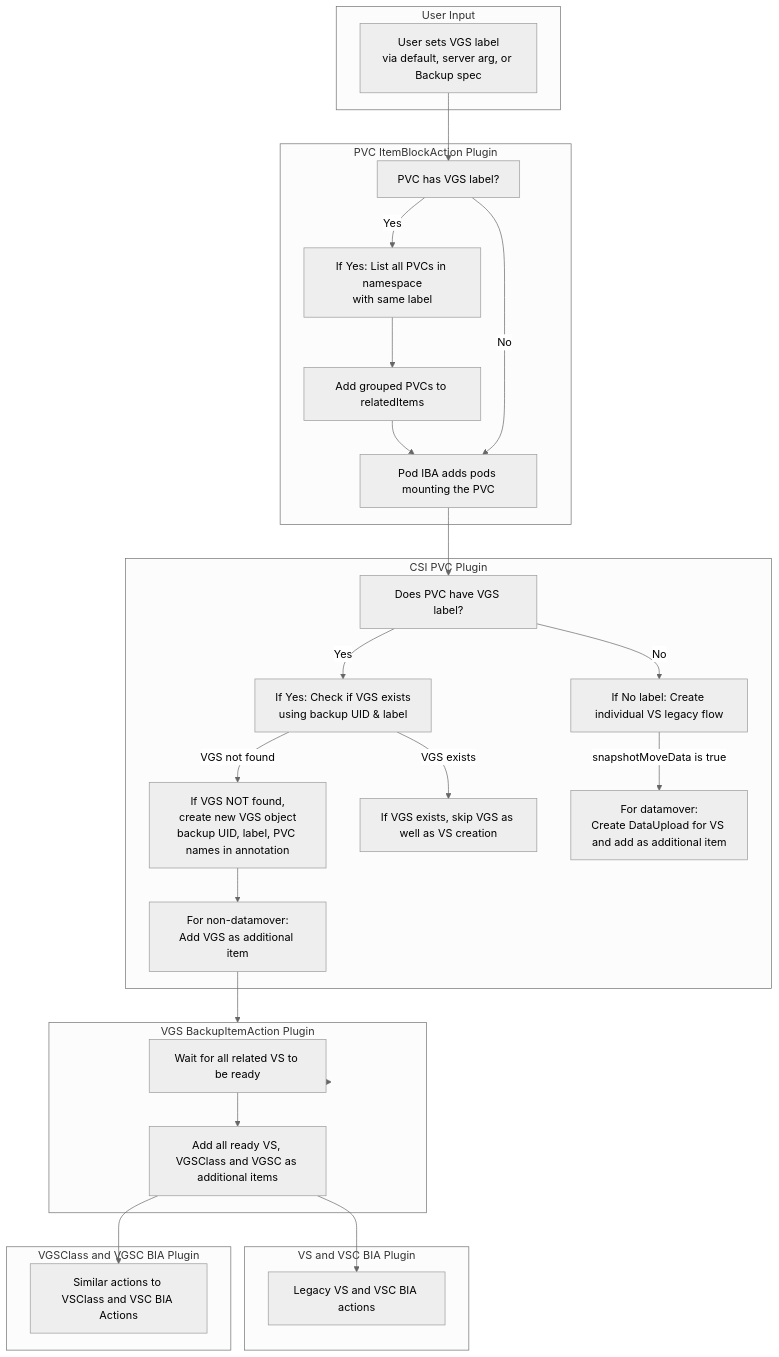
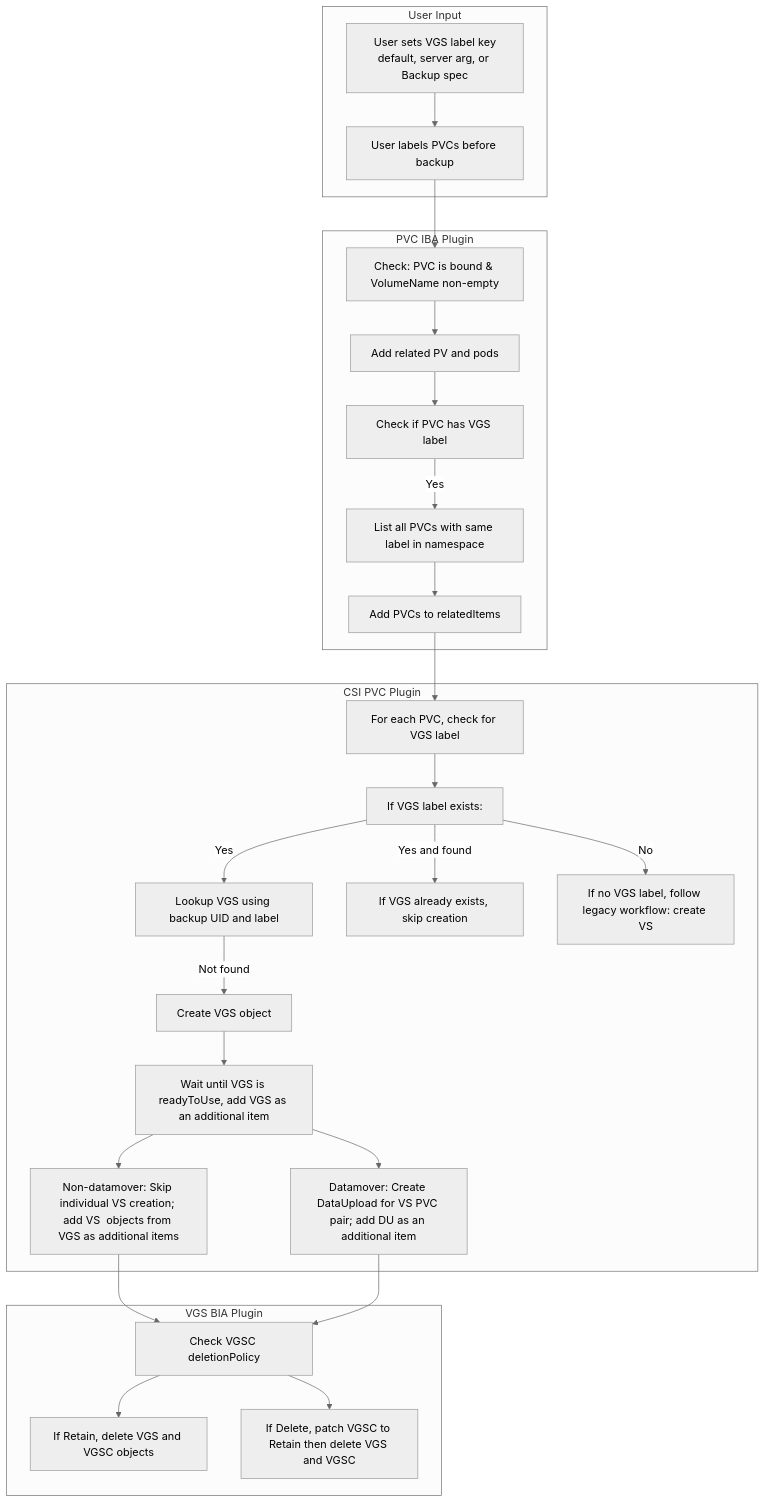
Before and after one commit to vmware-tanzu/velero: the fourth of 4 diagrams in design/volume-group-snapshot.md, drawn with Mermaid (neutral theme). The commit also changed other lines of this file, not shown here.

Commit message:
Update the VGS B/R workflows

````diff
--- a/design/volume-group-snapshot.md
+++ b/design/volume-group-snapshot.md
@@ -176,65 +167,59 @@
 ```mermaid
 flowchart TD
-%% User Input Section
-    subgraph User_Input [User Input]
-        A[User sets VGS label<br/>via default, server arg, or Backup spec]
+%% User Input
+    subgraph "User Input"
+        A[User sets VGS label key<br/>default, server arg, or Backup spec]
+        B[User labels PVCs before backup]
+        A --> B
     end
 
-%% PVC ItemBlockAction Plugin Section
-    subgraph PVC_IBA [PVC ItemBlockAction Plugin]
-        B[PVC has VGS label?]
-        C[If Yes: List all PVCs in namespace<br/>with same label]
-        D[Add grouped PVCs to relatedItems]
-        E[Pod IBA adds pods mounting the PVC]
+%% PVC ItemBlockAction Plugin
+    subgraph "PVC IBA Plugin"
+        C[Check: PVC is bound & VolumeName non-empty]
+        D[Add related PV and pods]
+        E[Check if PVC has VGS label]
+        F[List all PVCs with same label in namespace]
+        G[Add PVCs to relatedItems]
+        C --> D
+        D --> E
+        E -- Yes --> F
+        F --> G
     end
 
-%% CSI PVC Plugin Section
-    subgraph CSI_PVC [CSI PVC Plugin]
-        F[Does PVC have VGS label?]
-        G[If Yes: Check if VGS exists<br/>using backup UID & label]
-        H[If VGS NOT found,<br/>create new VGS object<br/>backup UID, label, PVC names in annotation]
-        I[If VGS exists, skip VGS as well as VS creation]
-        J[If No label: Create individual VS legacy flow]
-        K[For non-datamover:<br/>Add VGS as additional item]
-        L[For datamover:<br/>Create DataUpload for VS and add as additional item]
-    end
+%% CSI PVC Plugin
+subgraph "CSI PVC Plugin"
+H[For each PVC, check for VGS label]
+I[If VGS label exists:]
+J[Lookup VGS using backup UID and label]
+K[Create VGS object]
+L[Wait until VGS is readyToUse, add VGS as an additional item]
+M[Non-datamover: Skip individual VS creation; add VS  objects from VGS as additional items]
+N[Datamover: Create DataUpload for VS PVC pair; add DU as an additional item]
+O[If VGS already exists, skip creation]
+P[If no VGS label, follow legacy workflow: create VS]
+H --> I
+I -- Yes --> J
+J -- Not found --> K
+K --> L
+L --> M
+L --> N
+I -- Yes and found --> O
+I -- No --> P
+end
 
-%% VGS BackupItemAction Plugin Section
-    subgraph VGS_BIA [VGS BackupItemAction Plugin]
-        M[Wait for all related VS to be ready]
-        N[Add all ready VS, VGSClass and VGSC as additional items]
-    end
+%% VGS BackupItemAction Plugin
+subgraph "VGS BIA Plugin"
+Q[Check VGSC deletionPolicy]
+R[If Retain, delete VGS and VGSC objects]
+S[If Delete, patch VGSC to Retain then delete VGS and VGSC]
+Q --> R
+Q --> S
+end
 
-%% Existing VS and VSC BIA Plugins
-    subgraph VS_VSC_BIA [VS and VSC BIA Plugin]
-        P[Legacy VS and VSC BIA actions]
-    end
-
-%% VGSClass and VGSC BIA Plugins
-    subgraph VSClass_VGSC_BIA [VGSClass and VGSC BIA Plugin]
-        Q[Similar actions to VSClass and VSC BIA Actions]
-    end
-
-%% Flow Connections
-    A --> B
-    B -- Yes --> C
-    C --> D
-    D --> E
-    B -- No --> E
-
-    E --> F
-    F -- Yes --> G
-    G -- VGS not found --> H
-    H --> K
-    G -- VGS exists --> I
-    F -- No --> J
-
-    K --> VGS_BIA
-    J -- snapshotMoveData is true --> L
-
-    VGS_BIA --> M
-    M --> N
-    N --> P
-    N --> Q
+%% Connect the flows
+B --> C
+G --> H
+M --> Q
+N --> Q
 
 ```
````
